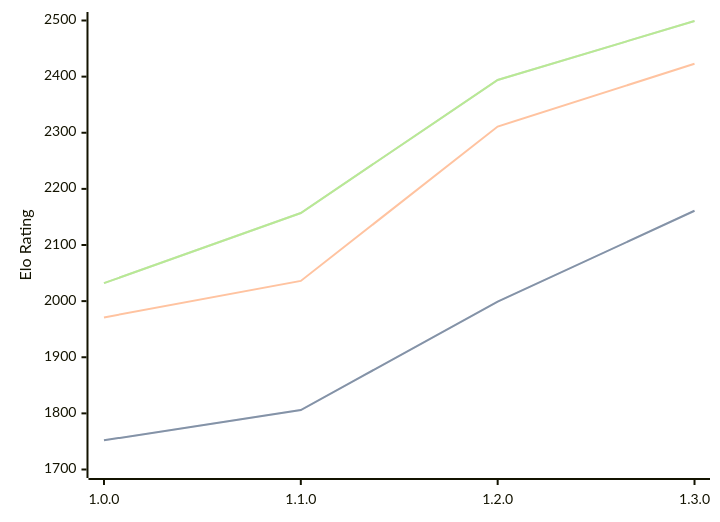
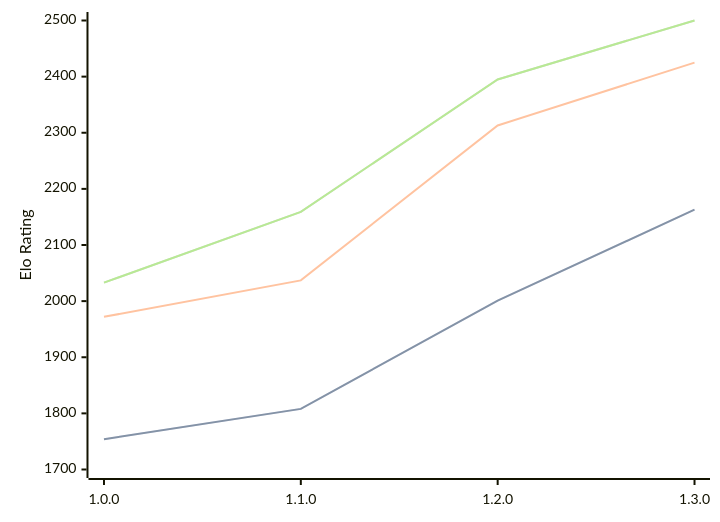
One commit to computer-chess-index/cci changed the diagram in engines/Anodos.md. Above: the diagram before and after it, drawn with Mermaid. The commit also changed other lines of this file, not shown here.

Commit message:
Update CCI Ratings (ELO VLTC) - 2026-10-09

````diff
--- a/engines/Anodos.md
+++ b/engines/Anodos.md
@@ -34,11 +34,11 @@
 ```mermaid
 %%{init: {"theme":"base","themeVariables":{"seriesColors:['#a3a3a3','#222221','#faa371']}}}%%
 xychart-beta
   x-axis ["1.0.0", "1.1.0", "1.2.0", "1.3.0"]
   y-axis "Elo Rating" 1700 --> 2500
-  line "" [1752, 1806, 1999, 2161]
-  line "STC (8.0+0.08s)" [1752, 1806, 1999, 2161]
-  line "LTC (60.0+0.60s)" [1971, 2036, 2311, 2423]
-  line "" [2032, 2157, 2394, 2499]
-  line "VLTC (2m24s+1.12s)" [2032, 2157, 2394, 2499]
+  line "" [1754, 1808, 2001, 2163]
+  line "STC (8.0+0.08s)" [1754, 1808, 2001, 2163]
+  line "LTC (60.0+0.60s)" [1972, 2037, 2313, 2425]
+  line "" [2033, 2159, 2395, 2500]
+  line "VLTC (2m24s+1.12s)" [2033, 2159, 2395, 2500]
 ```
````
